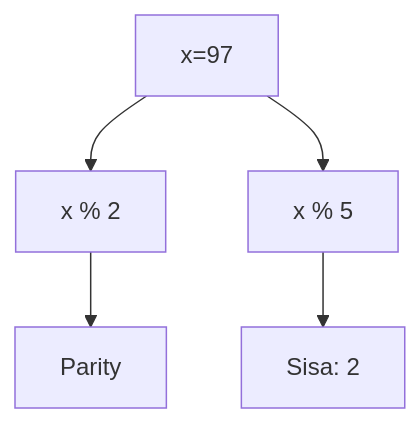
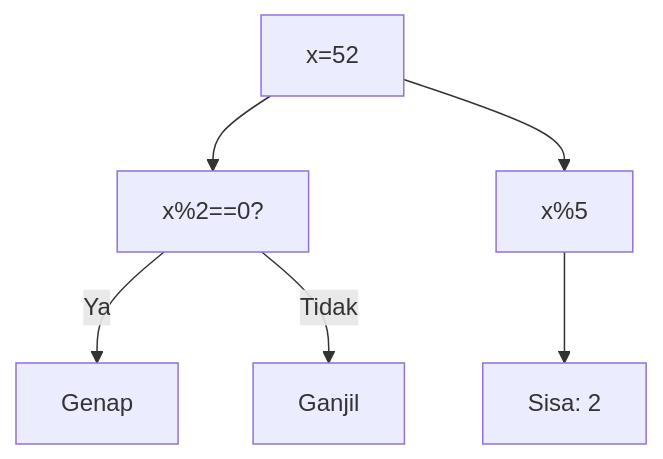
One commit to amnahwaida/OSNK_INF_PREP changed the second of 25 diagrams in part-c-pemahaman-cpp/03-perulangan/latihan/set-03.md. Above: the diagram before and after it, drawn with Mermaid. The commit also changed other lines of this file and 71 other files, not shown here.

Commit message:
Fixed Mermaid syntax lexical errors with quoted labels in 1,800 questions

````diff
--- a/part-c-pemahaman-cpp/03-perulangan/latihan/set-03.md
+++ b/part-c-pemahaman-cpp/03-perulangan/latihan/set-03.md
@@ -52,7 +55,8 @@
 ```mermaid
 graph TD
-A[x=97] --> B[x % 2]
-B --> C[Parity]
-A --> D[x % 5]
-D --> E[Sisa: 2]
+A["x=52"] --> B["x%2==0?"]
+B -- Ya --> C["Genap"]
+B -- Tidak --> D["Ganjil"]
+A --> E["x%5"]
+E --> F["Sisa: 2"]
 ```
````
